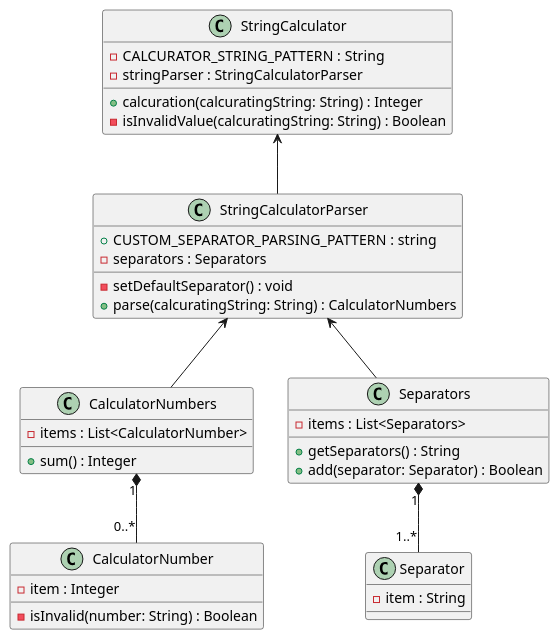
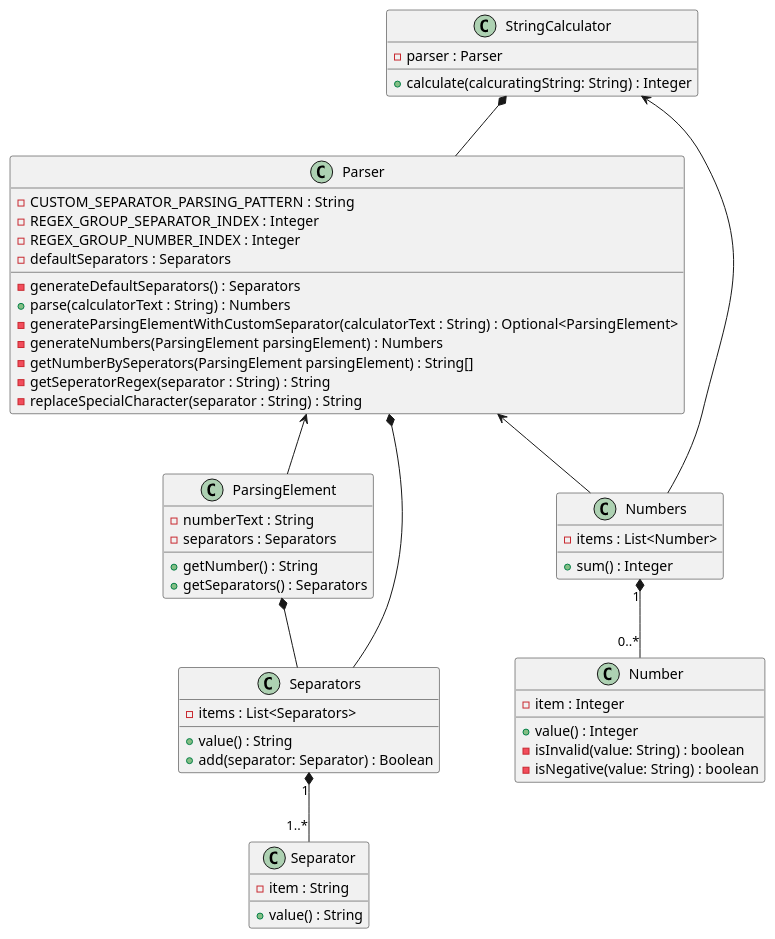
One commit to next-step/java-lotto-pro changed the diagram in classdiagram/StringCalcurator.pu. Above: the diagram before and after it, drawn with PlantUML.

Commit message:
docs(UML): 소스내용과 일치화
- 소스변경으로인한 UML 내용 일치화

```diff
--- a/classdiagram/StringCalcurator.pu
+++ b/classdiagram/StringCalcurator.pu
@@ -1,49 +1,70 @@
 @startuml StringCalculator
 class StringCalculator {
-	- CALCURATOR_STRING_PATTERN : String
-	- stringParser : StringCalculatorParser
+  - parser : Parser
 
-	+ calcuration(calcuratingString: String) : Integer
-	- isInvalidValue(calcuratingString: String) : Boolean
+  + calculate(calcuratingString: String) : Integer
 }
 
-class StringCalculatorParser {
-	+ CUSTOM_SEPARATOR_PARSING_PATTERN : string
-	- separators : Separators
+class Parser {
+  - CUSTOM_SEPARATOR_PARSING_PATTERN : String
+  - REGEX_GROUP_SEPARATOR_INDEX : Integer
+  - REGEX_GROUP_NUMBER_INDEX : Integer
+  - defaultSeparators : Separators
 
-	- setDefaultSeparator() : void
-	+ parse(calcuratingString: String) : CalculatorNumbers
+  - generateDefaultSeparators() : Separators
+  + parse(calculatorText : String) : Numbers
+  - generateParsingElementWithCustomSeparator(calculatorText : String) : Optional<ParsingElement>
+  - generateNumbers(ParsingElement parsingElement) : Numbers
+  - getNumberBySeperators(ParsingElement parsingElement) : String[]
+  - getSeperatorRegex(separator : String) : String
+  - replaceSpecialCharacter(separator : String) : String
 }
 
-class CalculatorNumbers {
-	- items : List<CalculatorNumber>
+class ParsingElement {
+  - numberText : String
+  - separators : Separators
 
-	+ sum() : Integer
+  + getNumber() : String
+  + getSeparators() : Separators
 }
 
-class CalculatorNumber {
-	- item : Integer
+class Numbers {
+  - items : List<Number>
 
-	- isInvalid(number: String) : Boolean
+  + sum() : Integer
+}
+
+class Number {
+  - item : Integer
+
+  + value() : Integer
+  - isInvalid(value: String) : boolean
+  - isNegative(value: String) : boolean
 }
 
 class Separators {
-	- items : List<Separators>
+  - items : List<Separators>
 
-	+ getSeparators() : String
-	+ add(separator: Separator) : Boolean
+  + value() : String
+  + add(separator: Separator) : Boolean
 }
 
 class Separator {
-	- item : String
+  - item : String
+
+  + value() : String
 }
 
-StringCalculator <-- StringCalculatorParser
+StringCalculator *-- Parser
+StringCalculator <-- Numbers
 
-StringCalculatorParser <-- CalculatorNumbers
-StringCalculatorParser  <--  Separators
+ParsingElement *-- Separators
 
-CalculatorNumbers "1" *-- "0..*" CalculatorNumber
+Parser <-- ParsingElement
+Parser <-- Numbers
+Parser  *--  Separators
+
+Numbers "1" *-- "0..*" Number
 
 Separators "1" *-- "1..*" Separator
 @enduml
```
